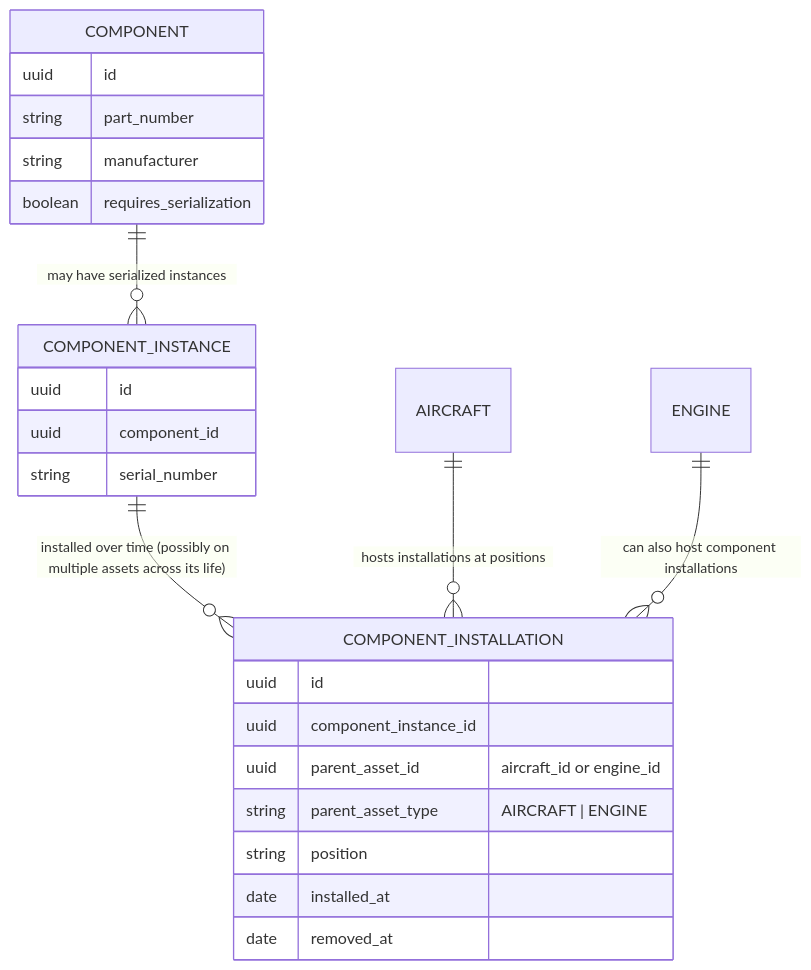
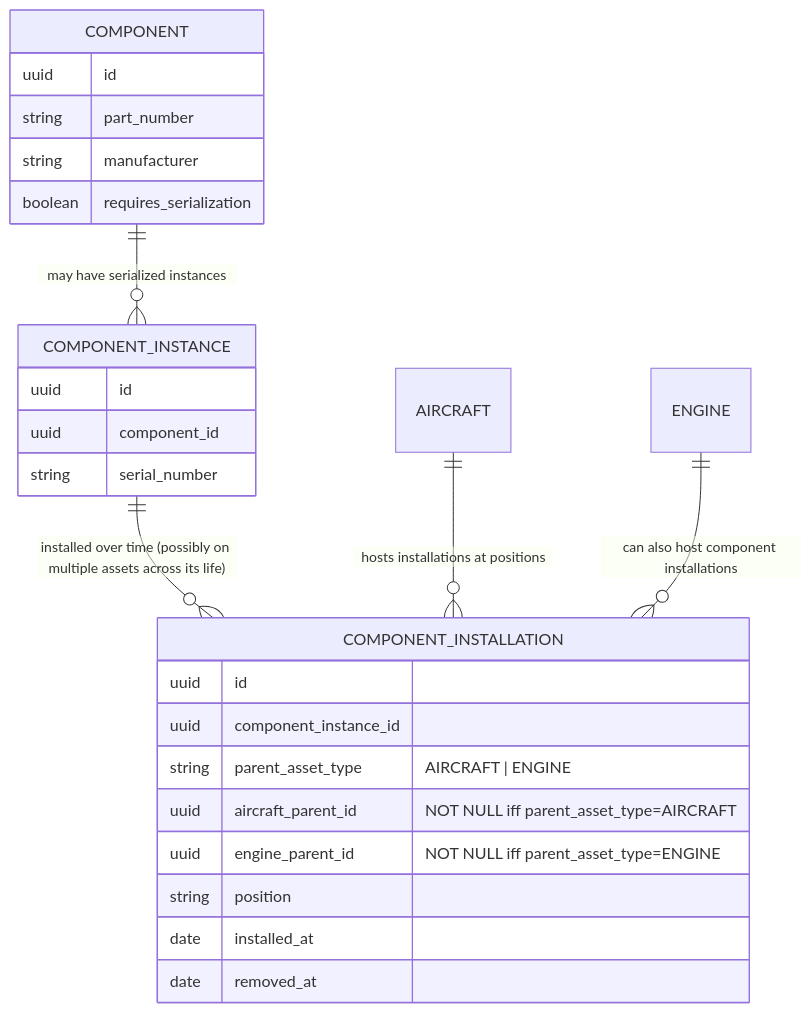
One commit to ramnadh-kota/aerocomply changed the fourth of 9 diagrams in docs/ontology/AVIATION_ONTOLOGY.md. Above: the diagram before and after it, drawn with Mermaid. The commit also changed other lines of this file and 8 other files, not shown here.

````diff
--- a/docs/ontology/AVIATION_ONTOLOGY.md
+++ b/docs/ontology/AVIATION_ONTOLOGY.md
@@ -147,27 +147,28 @@
 ```mermaid
 erDiagram
     COMPONENT ||--o{ COMPONENT_INSTANCE : "may have serialized instances"
     COMPONENT_INSTANCE ||--o{ COMPONENT_INSTALLATION : "installed over time (possibly on multiple assets across its life)"
     AIRCRAFT ||--o{ COMPONENT_INSTALLATION : "hosts installations at positions"
     ENGINE ||--o{ COMPONENT_INSTALLATION : "can also host component installations"
     COMPONENT {
         uuid id
         string part_number
         string manufacturer
         boolean requires_serialization
     }
     COMPONENT_INSTANCE {
         uuid id
         uuid component_id
         string serial_number
     }
     COMPONENT_INSTALLATION {
         uuid id
         uuid component_instance_id
-        uuid parent_asset_id "aircraft_id or engine_id"
         string parent_asset_type "AIRCRAFT | ENGINE"
+        uuid aircraft_parent_id "NOT NULL iff parent_asset_type=AIRCRAFT"
+        uuid engine_parent_id "NOT NULL iff parent_asset_type=ENGINE"
         string position
         date installed_at
         date removed_at
     }
 ```
````
